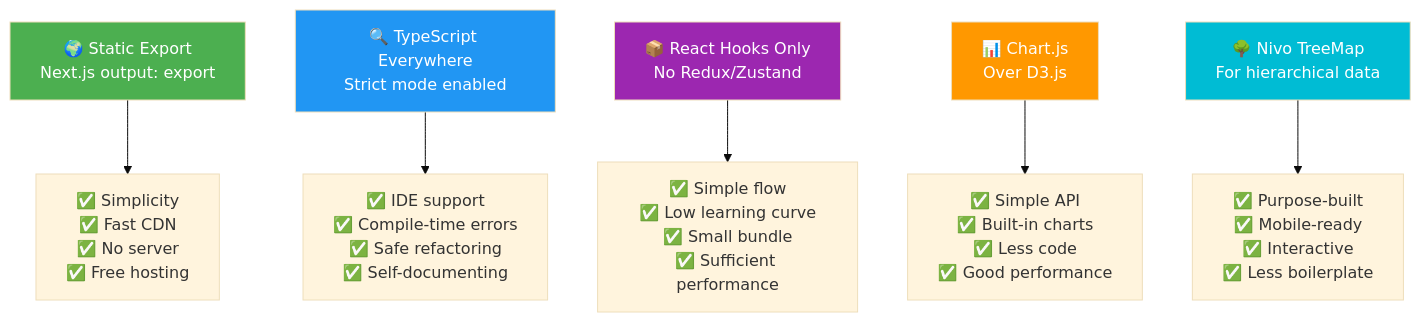
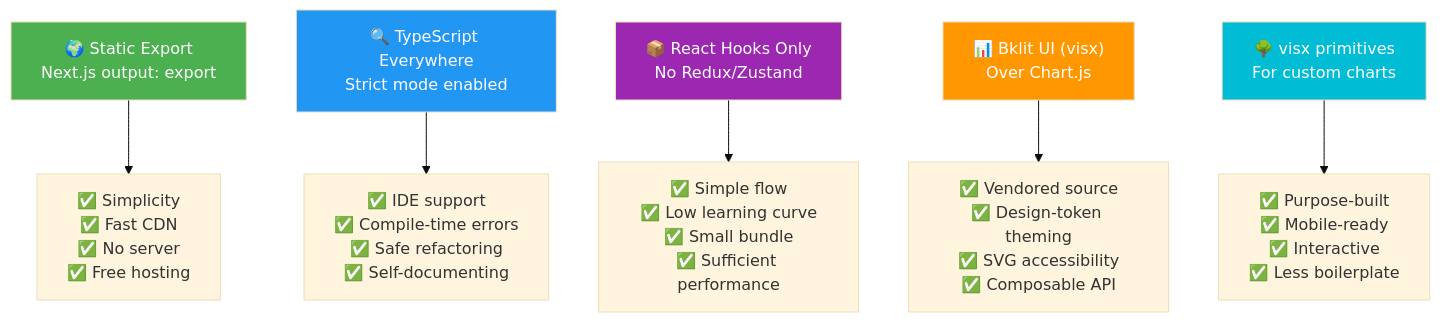
Diagram 16 of 16 in ARCHITECTURE.md (RetroHazard/JP_Immigration_Dashboard), drawn with Mermaid (base theme) before and after one commit. The commit also changed other lines of this file and 10 other files, not shown here.

````diff
--- a/ARCHITECTURE.md
+++ b/ARCHITECTURE.md
@@ -674,29 +676,29 @@
 ```mermaid
 graph TD
     STATIC["🌍 Static Export<br/>Next.js output: export"]
     STATIC_PROS["✅ Simplicity<br/>✅ Fast CDN<br/>✅ No server<br/>✅ Free hosting"]
     
     TS["🔍 TypeScript Everywhere<br/>Strict mode enabled"]
     TS_PROS["✅ IDE support<br/>✅ Compile-time errors<br/>✅ Safe refactoring<br/>✅ Self-documenting"]
     
     STATE["📦 React Hooks Only<br/>No Redux/Zustand"]
     STATE_PROS["✅ Simple flow<br/>✅ Low learning curve<br/>✅ Small bundle<br/>✅ Sufficient performance"]
     
-    CHARTS["📊 Chart.js<br/>Over D3.js"]
-    CHARTS_PROS["✅ Simple API<br/>✅ Built-in charts<br/>✅ Less code<br/>✅ Good performance"]
+    CHARTS["📊 Bklit UI (visx)<br/>Over Chart.js"]
+    CHARTS_PROS["✅ Vendored source<br/>✅ Design-token theming<br/>✅ SVG accessibility<br/>✅ Composable API"]
     
-    NIVO["🌳 Nivo TreeMap<br/>For hierarchical data"]
+    NIVO["🌳 visx primitives<br/>For custom charts"]
     NIVO_PROS["✅ Purpose-built<br/>✅ Mobile-ready<br/>✅ Interactive<br/>✅ Less boilerplate"]
     
     STATIC --> STATIC_PROS
     TS --> TS_PROS
     STATE --> STATE_PROS
     CHARTS --> CHARTS_PROS
     NIVO --> NIVO_PROS
     
     style STATIC fill:#4CAF50,color:#fff
     style TS fill:#2196F3,color:#fff
     style STATE fill:#9C27B0,color:#fff
     style CHARTS fill:#FF9800,color:#fff
     style NIVO fill:#00BCD4,color:#fff
 ```
````
